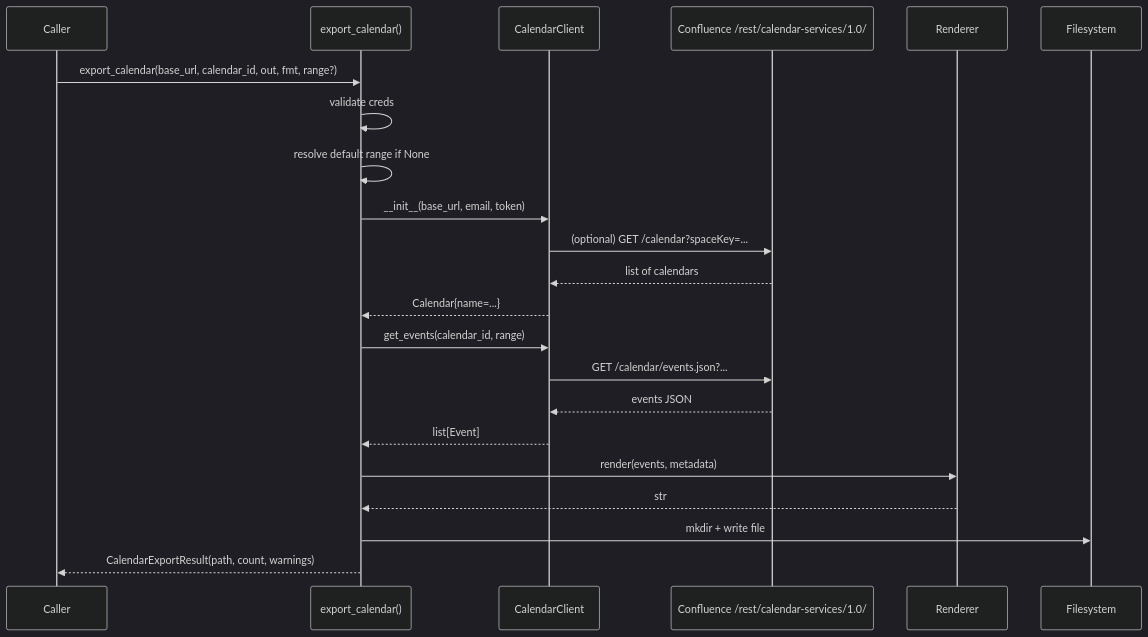
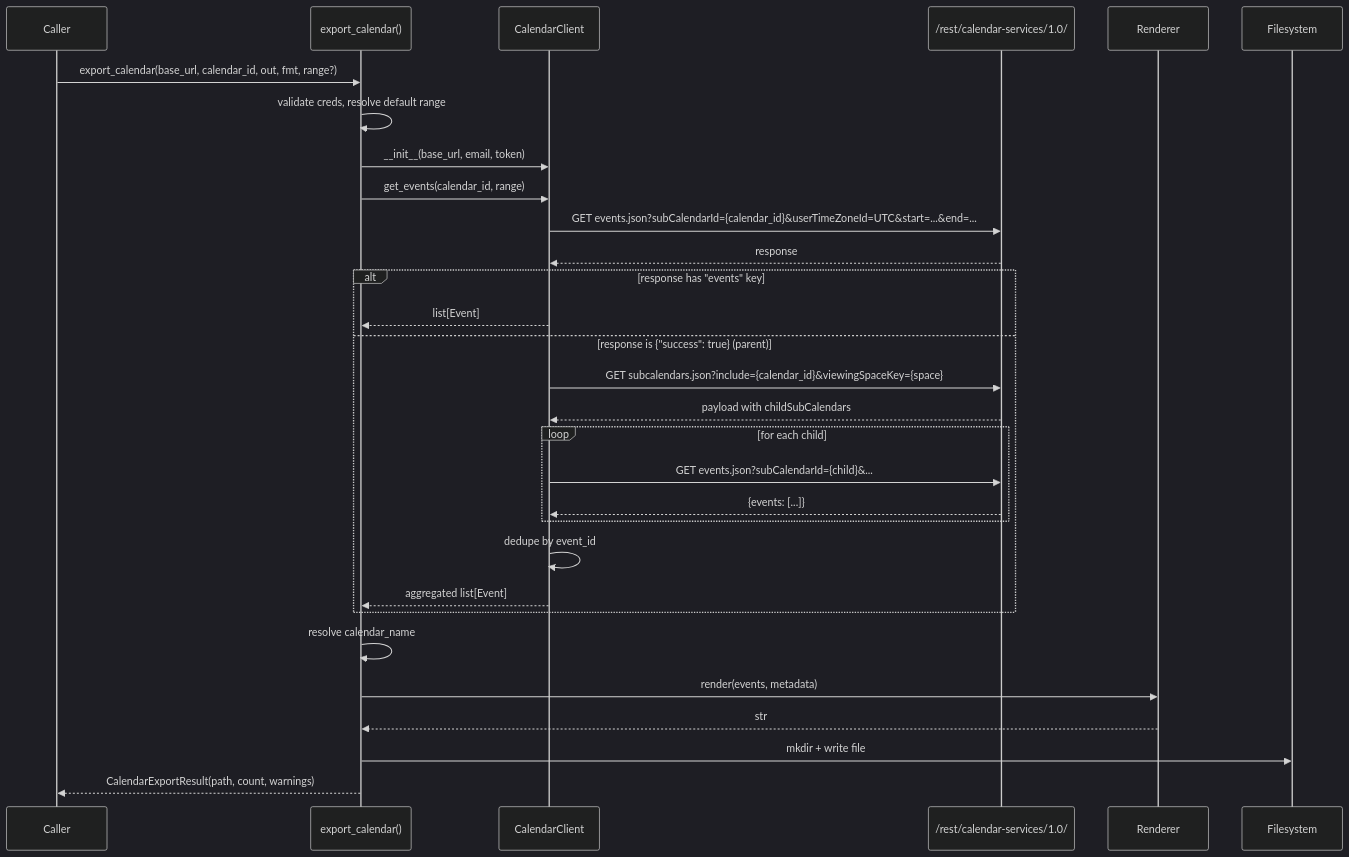
Before and after one commit to oddisej/aspice-check: the third of 4 diagrams in .kiro/specs/confluence-calendar-export/design.md, drawn with Mermaid (dark theme). The commit also changed other lines of this file and 2 other files, not shown here.

Commit message:
docs(confluence-calendar-export): Update requirements, design, and tasks

````diff
--- a/.kiro/specs/confluence-calendar-export/design.md
+++ b/.kiro/specs/confluence-calendar-export/design.md
@@ -512,25 +655,33 @@
 ```mermaid
 sequenceDiagram
     participant Caller
     participant Export as export_calendar()
     participant Client as CalendarClient
-    participant API as Confluence /rest/calendar-services/1.0/
+    participant API as /rest/calendar-services/1.0/
     participant Renderer
     participant FS as Filesystem
 
     Caller->>Export: export_calendar(base_url, calendar_id, out, fmt, range?)
-    Export->>Export: validate creds
-    Export->>Export: resolve default range if None
+    Export->>Export: validate creds, resolve default range
     Export->>Client: __init__(base_url, email, token)
-    Client->>API: (optional) GET /calendar?spaceKey=...
-    API-->>Client: list of calendars
-    Client-->>Export: Calendar{name=...}
     Export->>Client: get_events(calendar_id, range)
-    Client->>API: GET /calendar/events.json?...
-    API-->>Client: events JSON
-    Client-->>Export: list[Event]
+    Client->>API: GET events.json?subCalendarId={calendar_id}&userTimeZoneId=UTC&start=...&end=...
+    API-->>Client: response
+    alt response has "events" key
+        Client-->>Export: list[Event]
+    else response is {"success": true} (parent)
+        Client->>API: GET subcalendars.json?include={calendar_id}&viewingSpaceKey={space}
+        API-->>Client: payload with childSubCalendars
+        loop for each child
+            Client->>API: GET events.json?subCalendarId={child}&...
+            API-->>Client: {events: [...]}
+        end
+        Client->>Client: dedupe by event_id
+        Client-->>Export: aggregated list[Event]
+    end
+    Export->>Export: resolve calendar_name
     Export->>Renderer: render(events, metadata)
     Renderer-->>Export: str
     Export->>FS: mkdir + write file
     Export-->>Caller: CalendarExportResult(path, count, warnings)
 ```
````
